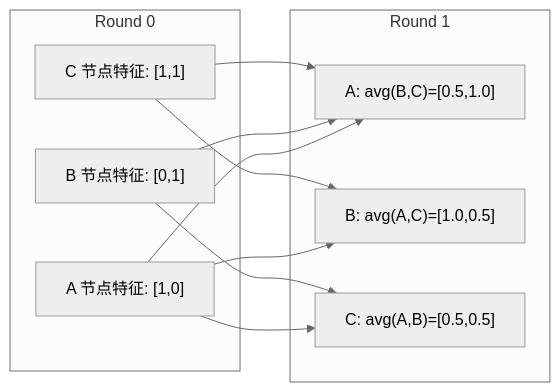
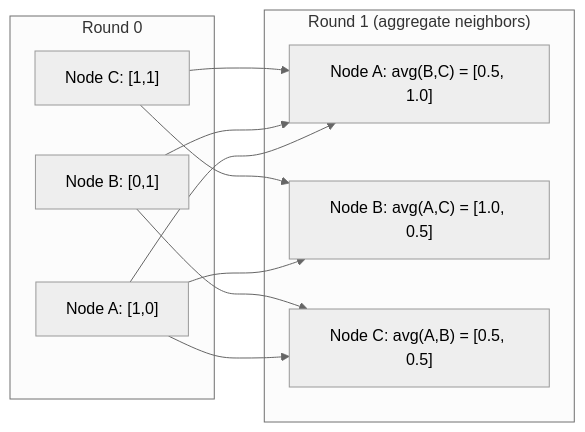
Before and after one commit to omigaZen/ai-engineering-from-scratch: the second of 2 diagrams in phases/01-math-foundations/21-graph-theory/docs/zh.md, drawn with Mermaid (neutral theme). The commit also changed other lines of this file and 9 other files, not shown here.

````diff
--- a/phases/01-math-foundations/21-graph-theory/docs/zh.md
+++ b/phases/01-math-foundations/21-graph-theory/docs/zh.md
@@ -173,20 +200,20 @@
 ```mermaid
 graph LR
     subgraph "Round 0"
-        A0["A 节点特征: [1,0]"]
-        B0["B 节点特征: [0,1]"]
-        C0["C 节点特征: [1,1]"]
+        A0["Node A: [1,0]"]
+        B0["Node B: [0,1]"]
+        C0["Node C: [1,1]"]
     end
-    subgraph "Round 1"
-        A1["A: avg(B,C)=[0.5,1.0]"]
-        B1["B: avg(A,C)=[1.0,0.5]"]
-        C1["C: avg(A,B)=[0.5,0.5]"]
+    subgraph "Round 1 (aggregate neighbors)"
+        A1["Node A: avg(B,C) = [0.5, 1.0]"]
+        B1["Node B: avg(A,C) = [1.0, 0.5]"]
+        C1["Node C: avg(A,B) = [0.5, 0.5]"]
     end
     A0 --> A1
     B0 --> A1
     C0 --> A1
     A0 --> B1
     C0 --> B1
     A0 --> C1
     B0 --> C1
 ```
````
